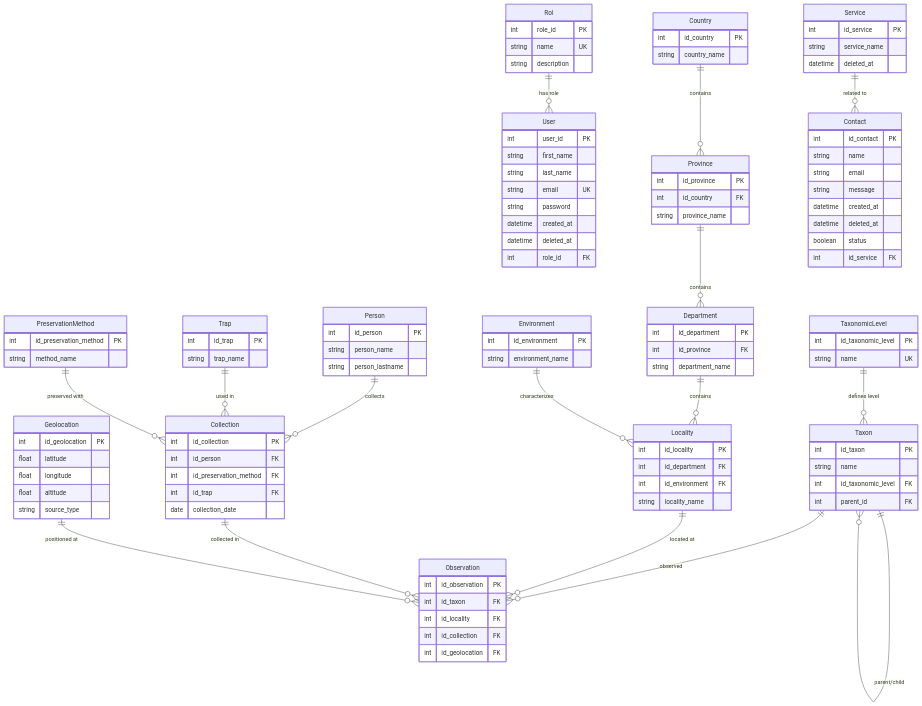
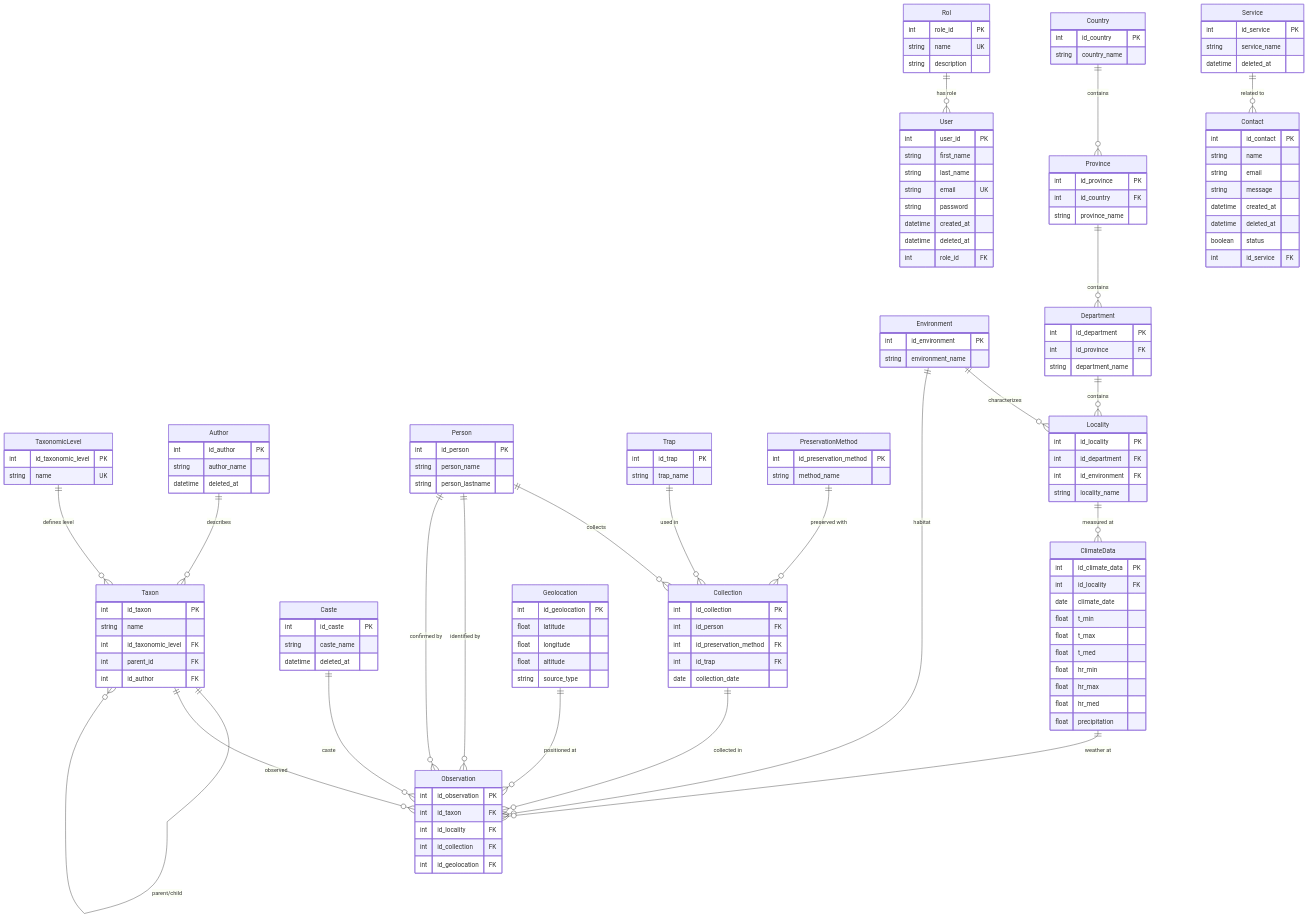
The diagram in modelo_datos_gema.md (protos50/species-observation-manager), drawn with Mermaid before and after one commit. The commit also changed 4 other files, not shown here.

```diff
--- a/modelo_datos_gema.md
+++ b/modelo_datos_gema.md
@@ -31,12 +31,38 @@
         string name
         int id_taxonomic_level FK
         int parent_id FK
+        int id_author FK
+    }
+
+    Author {
+        int id_author PK
+        string author_name
+        datetime deleted_at
     }
 
     %% ===== ENVIRONMENTAL SYSTEM =====
     Environment {
         int id_environment PK
         string environment_name
+    }
+
+    Caste {
+        int id_caste PK
+        string caste_name
+        datetime deleted_at
+    }
+
+    ClimateData {
+        int id_climate_data PK
+        int id_locality FK
+        date climate_date
+        float t_min
+        float t_max
+        float t_med
+        float hr_min
+        float hr_max
+        float hr_med
+        float precipitation
     }
 
     %% ===== COLLECTION SYSTEM =====
@@ -132,6 +158,7 @@
     %% Taxonomic hierarchy
     TaxonomicLevel ||--o{ Taxon : "defines level"
     Taxon ||--o{ Taxon : "parent/child"
+    Author ||--o{ Taxon : "describes"
     
     %% Geographic hierarchy
     Country ||--o{ Province : "contains"
@@ -146,9 +173,14 @@
     
     %% Core observations
     Taxon ||--o{ Observation : "observed"
-    Locality ||--o{ Observation : "located at"
     Collection ||--o{ Observation : "collected in"
     Geolocation ||--o{ Observation : "positioned at"
+    Environment ||--o{ Observation : "habitat"
+    Caste ||--o{ Observation : "caste"
+    ClimateData ||--o{ Observation : "weather at"
+    Person ||--o{ Observation : "identified by"
+    Person ||--o{ Observation : "confirmed by"
+    Locality ||--o{ ClimateData : "measured at"
     
     %% Contact system
     Service ||--o{ Contact : "related to"
```
